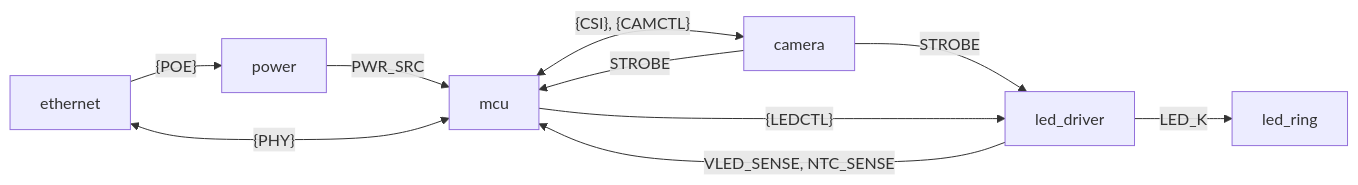
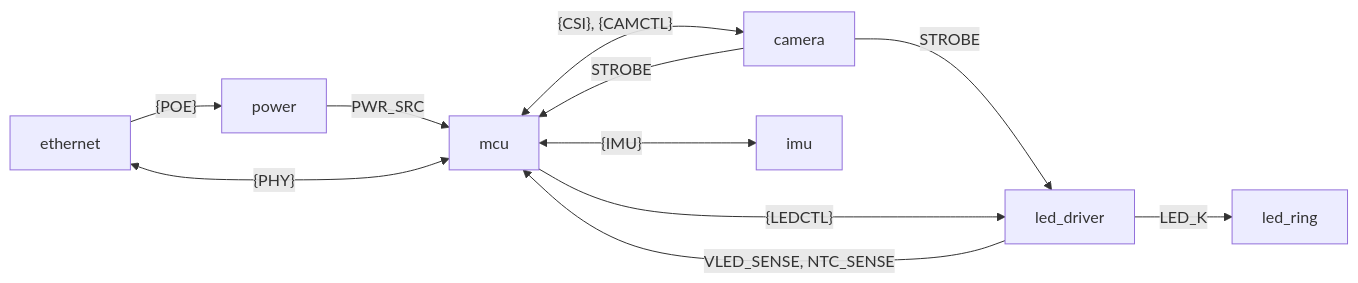
Before and after one commit to azais-corentin/espion: the diagram in hardware/espion-cam/SCHEMATIC.md, drawn with Mermaid. The commit also changed other lines of this file and 6 other files, not shown here.

````diff
--- a/hardware/espion-cam/SCHEMATIC.md
+++ b/hardware/espion-cam/SCHEMATIC.md
@@ -49,12 +51,13 @@
 ```mermaid
 flowchart LR
   ETH[ethernet] -->|"{POE}"| PWR[power]
   PWR -->|PWR_SRC| MCU[mcu]
   ETH <-->|"{PHY}"| MCU
   MCU <-->|"{CSI}, {CAMCTL}"| CAM[camera]
   CAM -->|STROBE| MCU
   CAM -->|STROBE| LED[led_driver]
   MCU -->|"{LEDCTL}"| LED
   LED -->|"VLED_SENSE, NTC_SENSE"| MCU
   LED -->|LED_K| RING[led_ring]
+  MCU <-->|"{IMU}"| IMU[imu]
 ```
````
